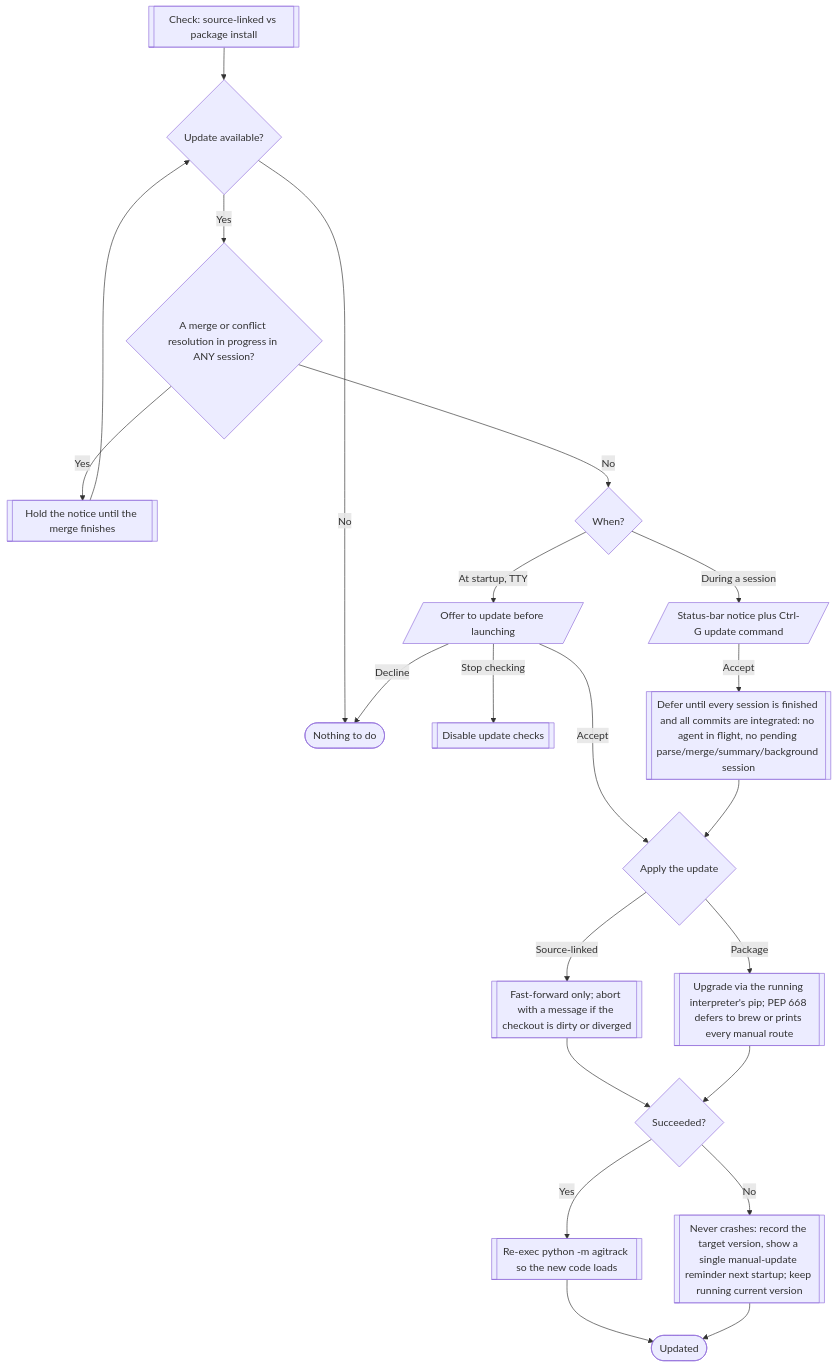
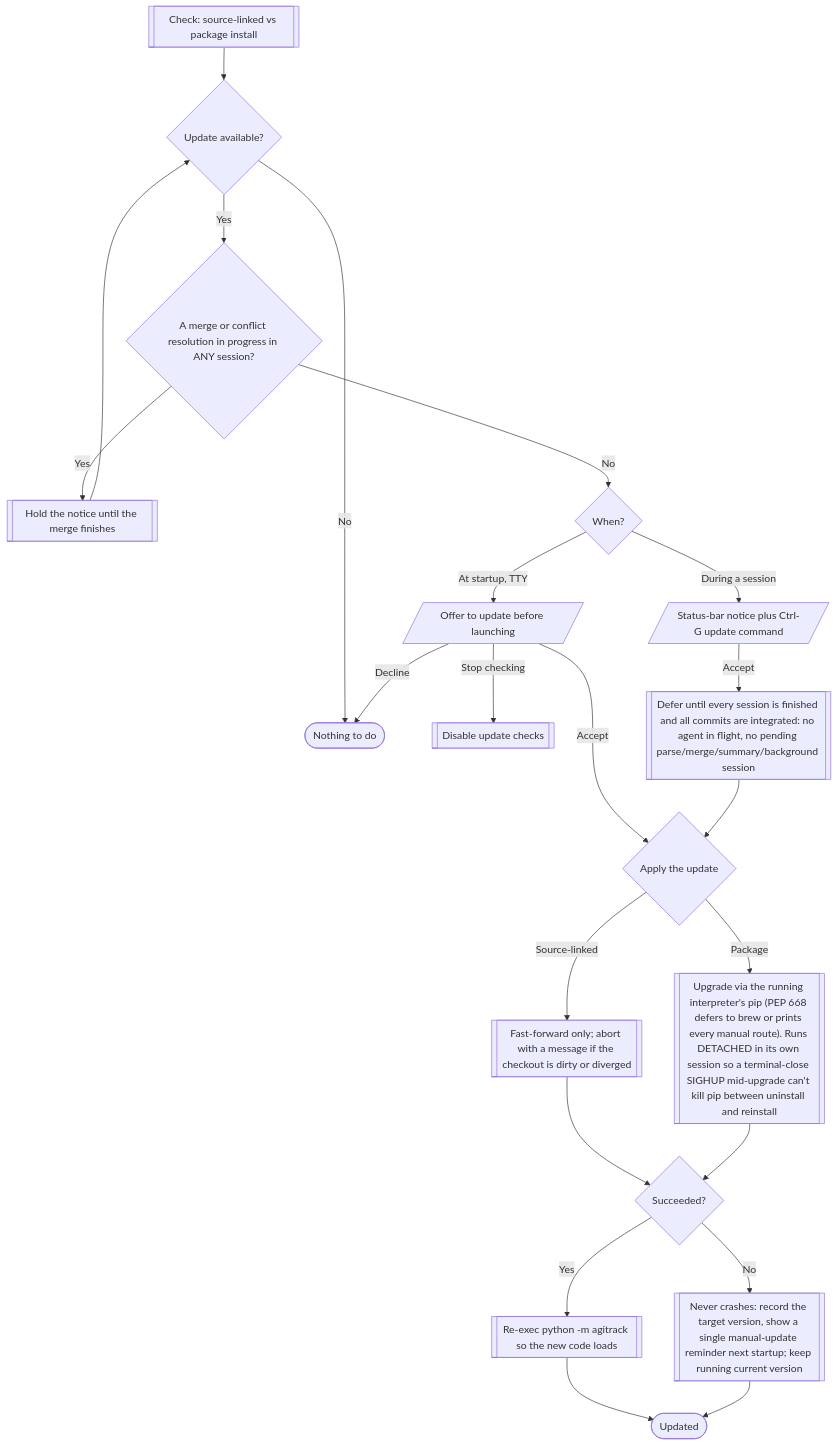
The tenth of 15 diagrams in docs/user-flow.md (core-aix/agitrack), drawn with Mermaid before and after one commit. The commit also changed other lines of this file and 1 other file, not shown here.

````diff
--- a/docs/user-flow.md
+++ b/docs/user-flow.md
@@ -386,28 +393,28 @@
 ```mermaid
 flowchart TD
   chk[["Check: source-linked vs package install"]] --> avail{"Update available?"}
   avail -->|No| idle(["Nothing to do"])
   avail -->|Yes| merging{"A merge or conflict resolution in progress in ANY session?"}
   merging -->|Yes| holdn[["Hold the notice until the merge finishes"]]
   holdn --> avail
   merging -->|No| where{"When?"}
 
   where -->|At startup, TTY| soffer[/"Offer to update before launching"/]
   where -->|During a session| inoffer[/"Status-bar notice plus Ctrl-G update command"/]
 
   soffer -->|Stop checking| off[["Disable update checks"]]
   soffer -->|Decline| idle
   soffer -->|Accept| apply
   inoffer -->|Accept| wait[["Defer until every session is finished and all commits are integrated: no agent in flight, no pending parse/merge/summary/background session"]]
   wait --> apply
 
   apply{"Apply the update"}
   apply -->|Source-linked| src[["Fast-forward only; abort with a message if the checkout is dirty or diverged"]]
-  apply -->|Package| pkg[["Upgrade via the running interpreter's pip; PEP 668 defers to brew or prints every manual route"]]
+  apply -->|Package| pkg[["Upgrade via the running interpreter's pip (PEP 668 defers to brew or prints every manual route). Runs DETACHED in its own session so a terminal-close SIGHUP mid-upgrade can't kill pip between uninstall and reinstall"]]
   src --> ok{"Succeeded?"}
   pkg --> ok
   ok -->|Yes| reexec[["Re-exec python -m agitrack so the new code loads"]]
   ok -->|No| failnotice[["Never crashes: record the target version, show a single manual-update reminder next startup; keep running current version"]]
   reexec --> done2(["Updated"])
   failnotice --> done2
 ```
````
